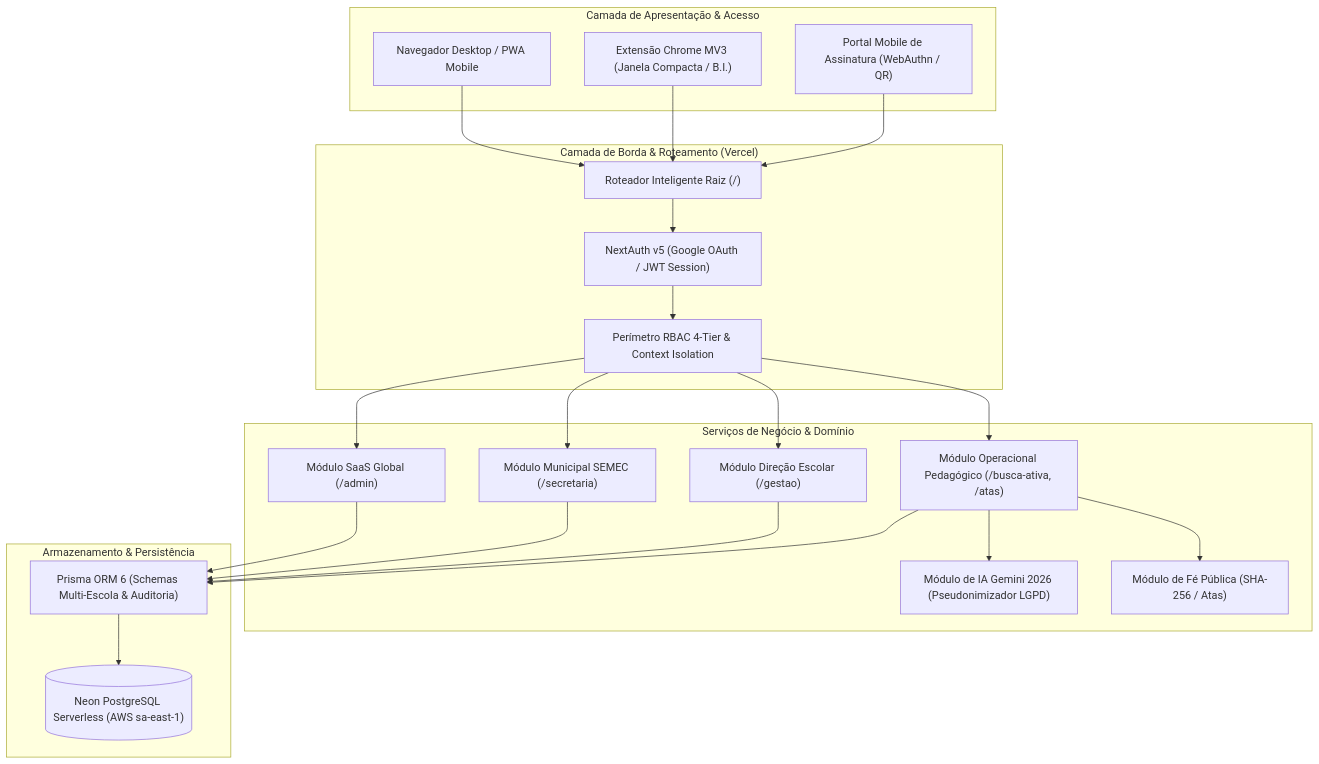
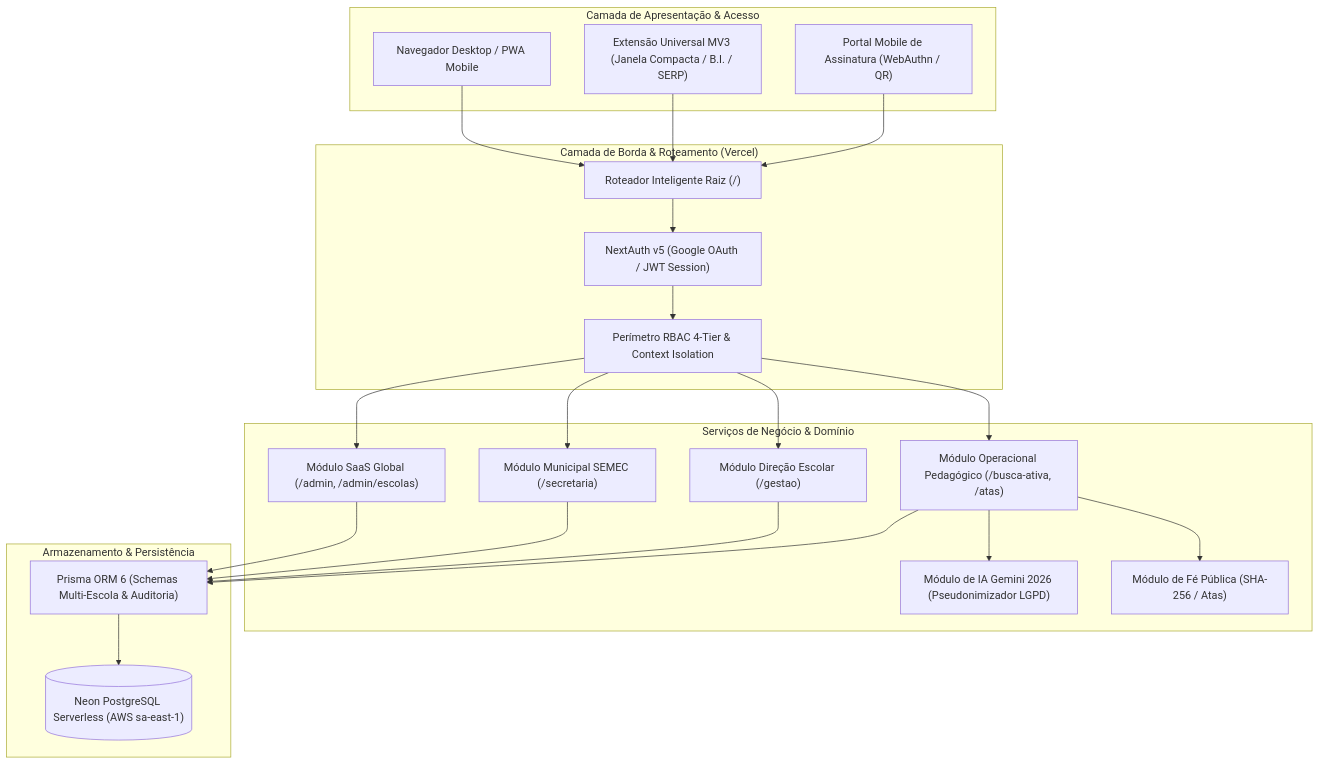
One commit to MarcosWrobel/rede-ativa changed the first of 2 diagrams in ARQUITETURA.md. Above: the diagram before and after it, drawn with Mermaid. The commit also changed other lines of this file and 6 other files, not shown here.

````diff
--- a/ARQUITETURA.md
+++ b/ARQUITETURA.md
@@ -11,45 +15,45 @@
 ```mermaid
 flowchart TD
     subgraph Client["Camada de Apresentação & Acesso"]
         Browser["Navegador Desktop / PWA Mobile"]
-        Extension["Extensão Chrome MV3 (Janela Compacta / B.I.)"]
+        Extension["Extensão Universal MV3 (Janela Compacta / B.I. / SERP)"]
         PublicMobile["Portal Mobile de Assinatura (WebAuthn / QR)"]
     end
 
     subgraph EdgeLayer["Camada de Borda & Roteamento (Vercel)"]
         Dispatcher["Roteador Inteligente Raiz (/)"]
         AuthLayer["NextAuth v5 (Google OAuth / JWT Session)"]
         RBAC["Perímetro RBAC 4-Tier & Context Isolation"]
     end
 
     subgraph ServiceLayer["Serviços de Negócio & Domínio"]
-        SuperAdminMod["Módulo SaaS Global (/admin)"]
+        SuperAdminMod["Módulo SaaS Global (/admin, /admin/escolas)"]
         SecretariaMod["Módulo Municipal SEMEC (/secretaria)"]
         GestorMod["Módulo Direção Escolar (/gestao)"]
         PedagogicoMod["Módulo Operacional Pedagógico (/busca-ativa, /atas)"]
         AIModule["Módulo de IA Gemini 2026 (Pseudonimizador LGPD)"]
         CryptoModule["Módulo de Fé Pública (SHA-256 / Atas)"]
     end
 
     subgraph DataLayer["Armazenamento & Persistência"]
         NeonDB[("Neon PostgreSQL Serverless (AWS sa-east-1)")]
         PrismaORM["Prisma ORM 6 (Schemas Multi-Escola & Auditoria)"]
     end
 
     Browser --> Dispatcher
     Extension --> Dispatcher
     PublicMobile --> Dispatcher
     Dispatcher --> AuthLayer
     AuthLayer --> RBAC
     RBAC --> SuperAdminMod
     RBAC --> SecretariaMod
     RBAC --> GestorMod
     RBAC --> PedagogicoMod
     PedagogicoMod --> AIModule
     PedagogicoMod --> CryptoModule
     SuperAdminMod --> PrismaORM
     SecretariaMod --> PrismaORM
     GestorMod --> PrismaORM
     PedagogicoMod --> PrismaORM
     PrismaORM --> NeonDB
 ```
````
